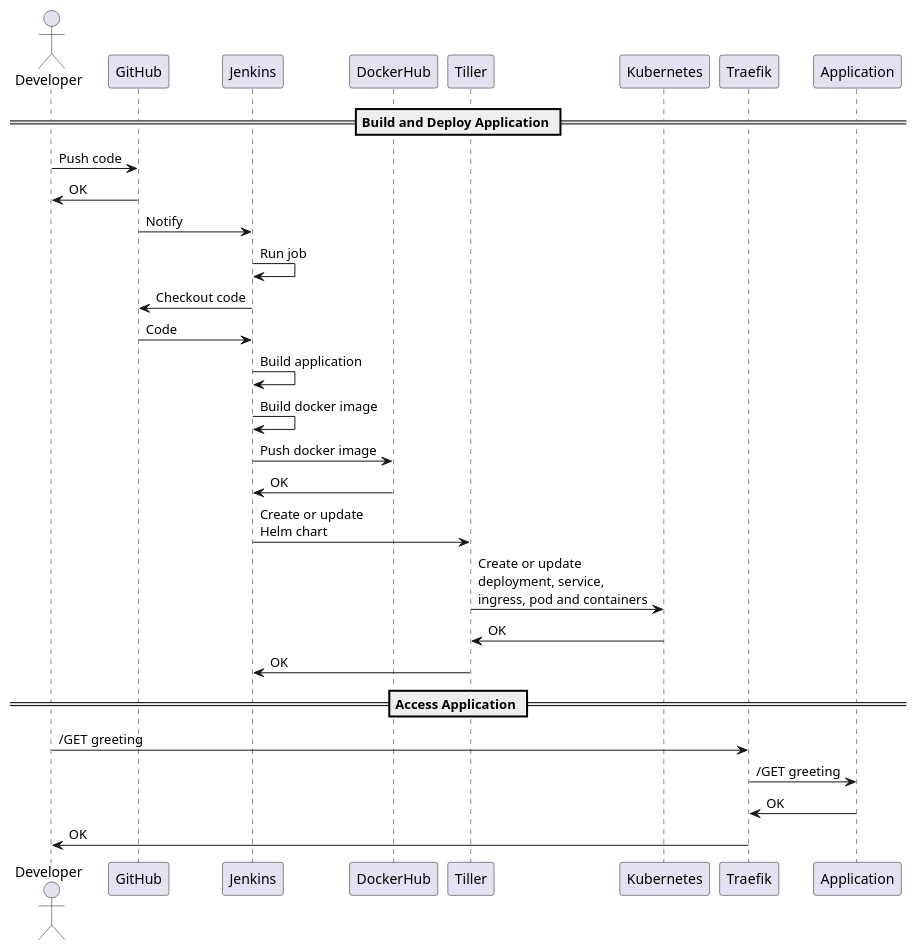
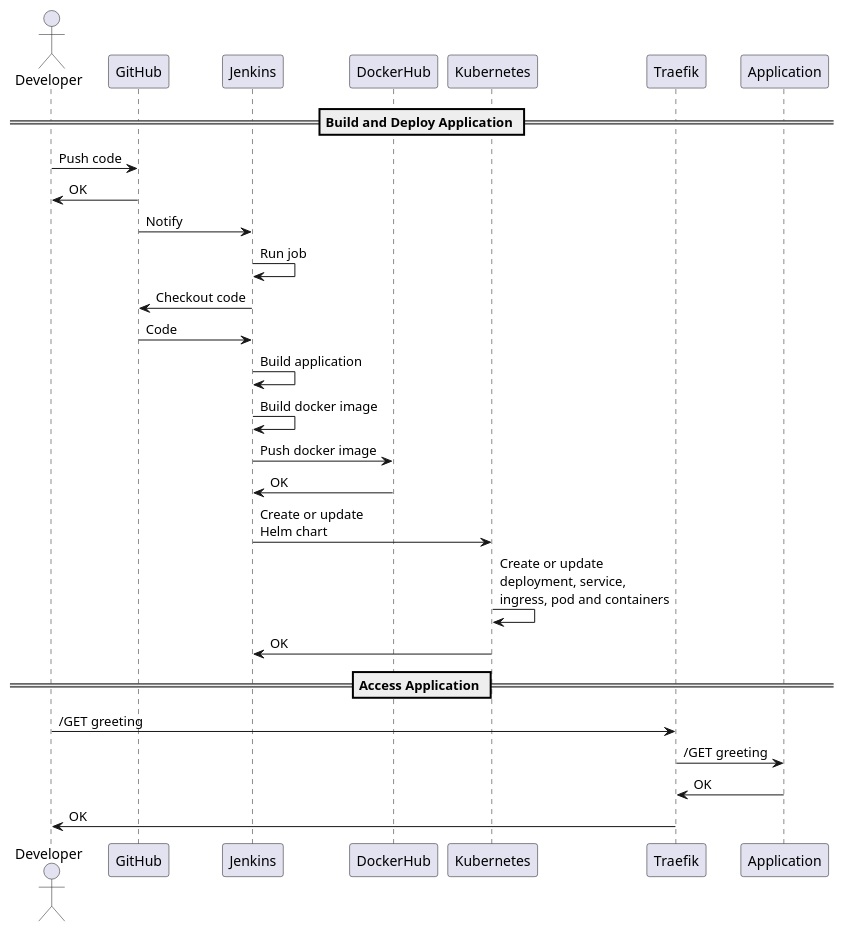
The diagram in assets/k8s-jenkins-example/sequence.plantuml (hands-on-tech/hands-on-tech.github.io), drawn with PlantUML before and after one commit. The commit also changed 9 other files, not shown here.

```diff
--- a/assets/k8s-jenkins-example/sequence.plantuml
+++ b/assets/k8s-jenkins-example/sequence.plantuml
@@ -1,39 +1,37 @@
 @startuml
 actor "Developer" as developer
 participant "GitHub" as git
 participant "Jenkins" as jenkins
 participant "DockerHub" as registry
-participant "Tiller" as tiller
 participant "Kubernetes" as k8s
 participant "Traefik" as traefik
 participant "Application" as application
 
 == Build and Deploy Application ==
 developer -> git: Push code
 git -> developer: OK
 
 git -> jenkins: Notify
 
 jenkins -> jenkins: Run job
 jenkins -> git: Checkout code
 git -> jenkins: Code
 jenkins -> jenkins: Build application
 jenkins -> jenkins: Build docker image
 
 jenkins -> registry: Push docker image
 registry -> jenkins: OK
 
-jenkins -> tiller: Create or update\nHelm chart
+jenkins -> k8s: Create or update\nHelm chart
 
-tiller -> k8s: Create or update\ndeployment, service,\ningress, pod and containers
-k8s -> tiller: OK
+k8s -> k8s: Create or update\ndeployment, service,\ningress, pod and containers
 
-tiller -> jenkins: OK
+k8s -> jenkins: OK
 
 == Access Application ==
 developer -> traefik: /GET greeting
 traefik -> application: /GET greeting
 application -> traefik: OK
 traefik -> developer: OK
 
 @enduml
```
